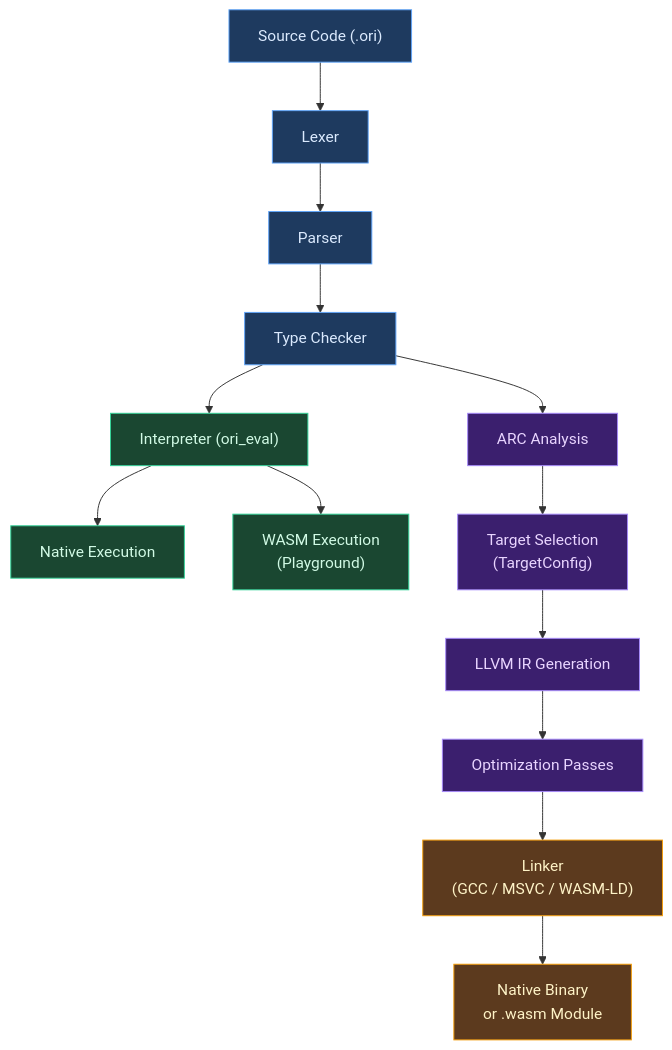
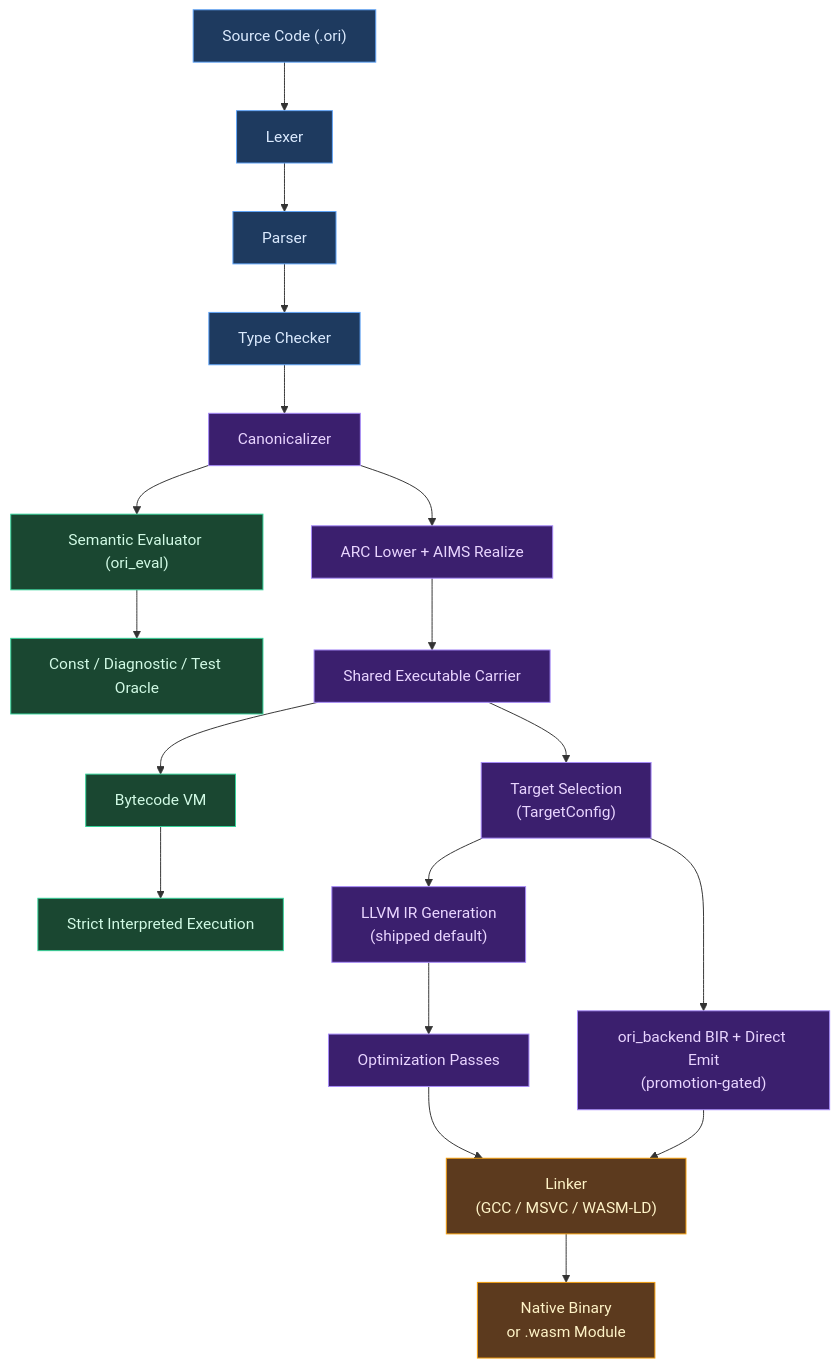
The diagram in docs/compiler/design/15-platform-targets/index.md (upstat-io/ori-lang), drawn with Mermaid before and after one commit. The commit also changed other lines of this file and 686 other files, not shown here.

First line of the commit message:
feat(runtime): add shared ownership plans and bytecode VM

````diff
--- a/docs/compiler/design/15-platform-targets/index.md
+++ b/docs/compiler/design/15-platform-targets/index.md
@@ -158,36 +172,42 @@
 ```mermaid
 flowchart TB
     SRC["Source Code (.ori)"]
     LEX["Lexer"]
     PARSE["Parser"]
     TYPECK["Type Checker"]
+    CANON["Canonicalizer"]
 
-    INTERP["Interpreter (ori_eval)"]
-    NATIVE_RUN["Native Execution"]
-    WASM_RUN["WASM Execution<br/>(Playground)"]
+    INTERP["Semantic Evaluator (ori_eval)"]
+    EVAL_RUN["Const / Diagnostic / Test Oracle"]
 
-    ARC["ARC Analysis"]
+    ARC["ARC Lower + AIMS Realize"]
+    EXEC["Shared Executable Carrier"]
+    VM["Bytecode VM"]
+    VM_RUN["Strict Interpreted Execution"]
     TSEL["Target Selection<br/>(TargetConfig)"]
-    LLVM["LLVM IR Generation"]
+    LLVM["LLVM IR Generation<br/>(shipped default)"]
+    DIRECT["ori_backend BIR + Direct Emit<br/>(promotion-gated)"]
     OPT["Optimization Passes"]
     LINK["Linker<br/>(GCC / MSVC / WASM-LD)"]
     OUT["Native Binary<br/>or .wasm Module"]
 
-    SRC --> LEX --> PARSE --> TYPECK
+    SRC --> LEX --> PARSE --> TYPECK --> CANON
 
-    TYPECK --> INTERP
-    INTERP --> NATIVE_RUN
-    INTERP --> WASM_RUN
+    CANON --> INTERP --> EVAL_RUN
 
-    TYPECK --> ARC --> TSEL --> LLVM --> OPT --> LINK --> OUT
+    CANON --> ARC --> EXEC
+    EXEC --> VM --> VM_RUN
+    EXEC --> TSEL
+    TSEL --> LLVM --> OPT --> LINK --> OUT
+    TSEL --> DIRECT --> LINK
 
     classDef frontend fill:#1e3a5f,stroke:#60a5fa,color:#dbeafe
     classDef canon fill:#3b1f6e,stroke:#a78bfa,color:#e9d5ff
     classDef interp fill:#1a4731,stroke:#34d399,color:#d1fae5
     classDef native fill:#5c3a1e,stroke:#f59e0b,color:#fef3c7
 
     class SRC,LEX,PARSE,TYPECK frontend
-    class ARC,TSEL,LLVM,OPT canon
-    class INTERP,NATIVE_RUN,WASM_RUN interp
+    class CANON,ARC,EXEC,TSEL,LLVM,DIRECT,OPT canon
+    class INTERP,EVAL_RUN,VM,VM_RUN interp
     class LINK,OUT native
 ```
````
